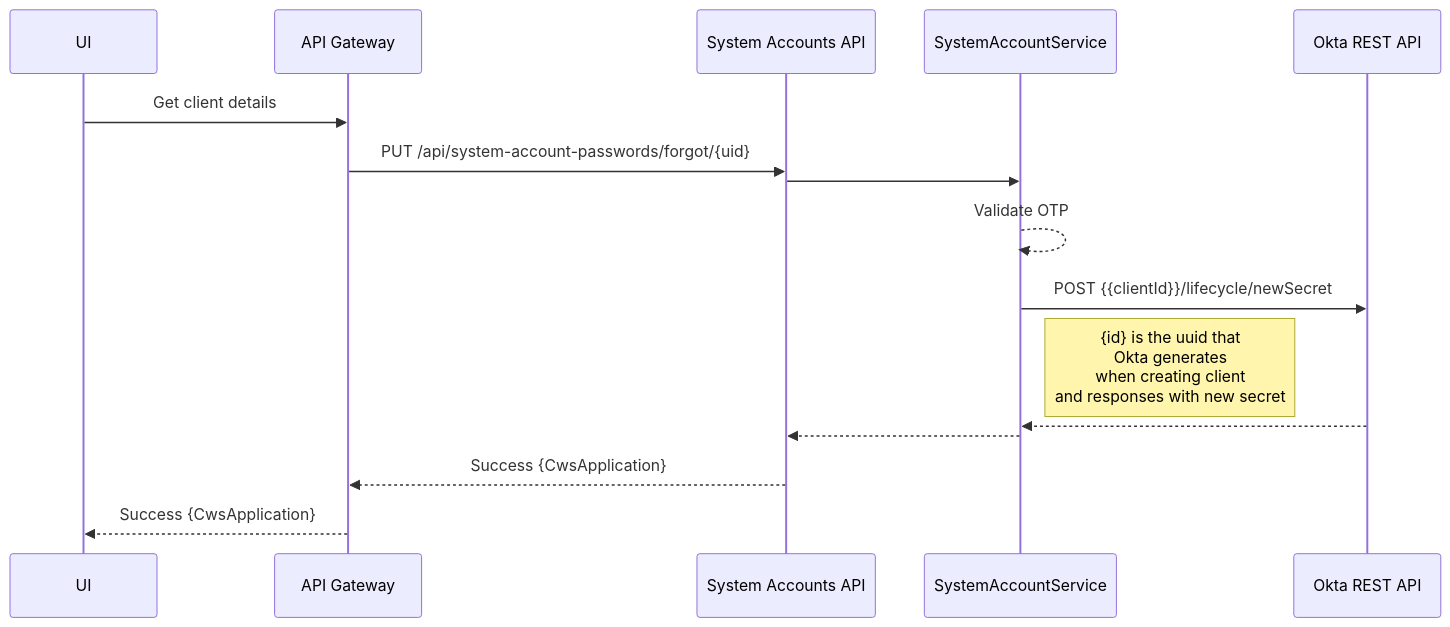
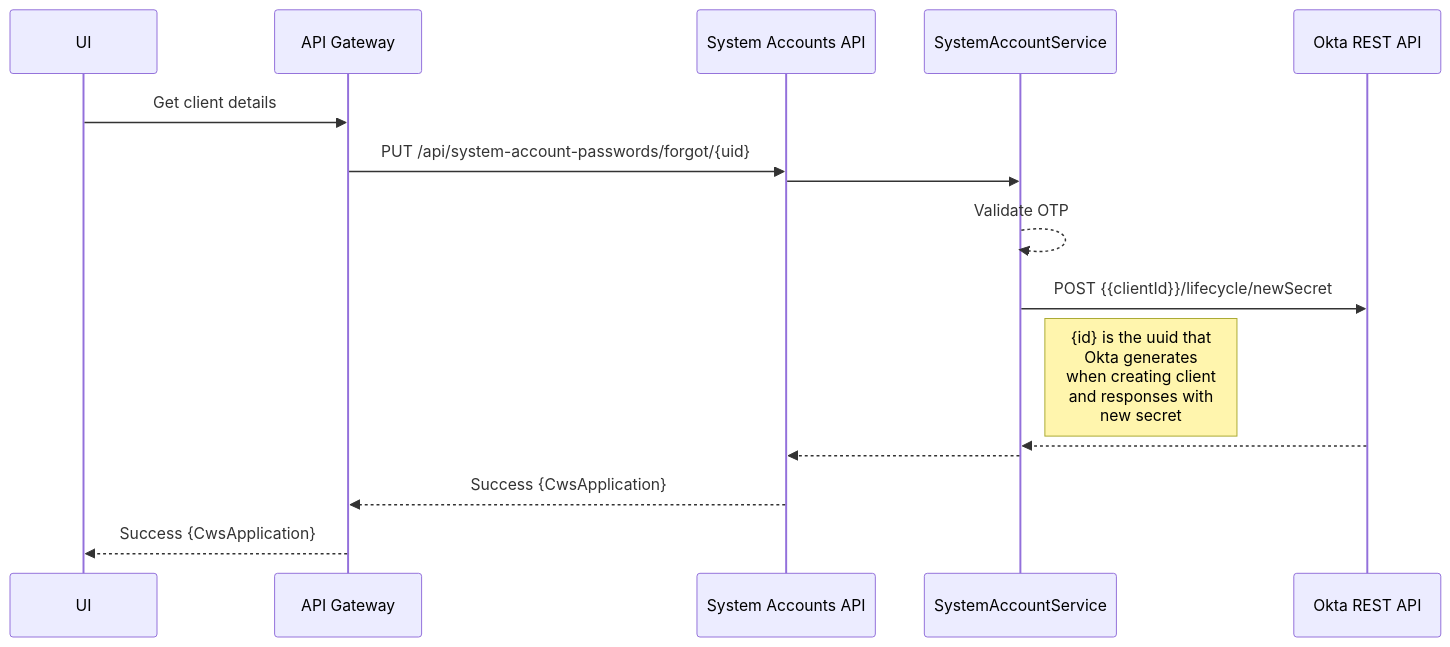
The third of 4 diagrams in README.md (venuduggireddy/slakedit), drawn with Mermaid before and after one commit. The commit also changed other lines of this file, not shown here.

Commit message:
README.md updated from https://stackedit.io/

````diff
--- a/README.md
+++ b/README.md
@@ -107,13 +107,13 @@
 ```mermaid
 sequenceDiagram
 UI ->> API Gateway: Get client details
 API Gateway->>System Accounts API: PUT /api/system-account-passwords/forgot/{uid}
 System Accounts API ->> SystemAccountService:  
 SystemAccountService -->> SystemAccountService: Validate OTP
 SystemAccountService ->> Okta REST API: POST {{clientId}}/lifecycle/newSecret
-Note right of SystemAccountService : {id} is the uuid that <br/>Okta generates <br/>when creating client<br/> and responses with new secret
+Note right of SystemAccountService : {id} is the uuid that <br/>Okta generates <br/>when creating client<br/> and responses with <br/> new secret
 Okta REST API -->> SystemAccountService: 
 SystemAccountService -->> System Accounts API: 
 System Accounts API -->> API Gateway: Success {CwsApplication}
 API Gateway -->> UI: Success {CwsApplication}
 ```
````
